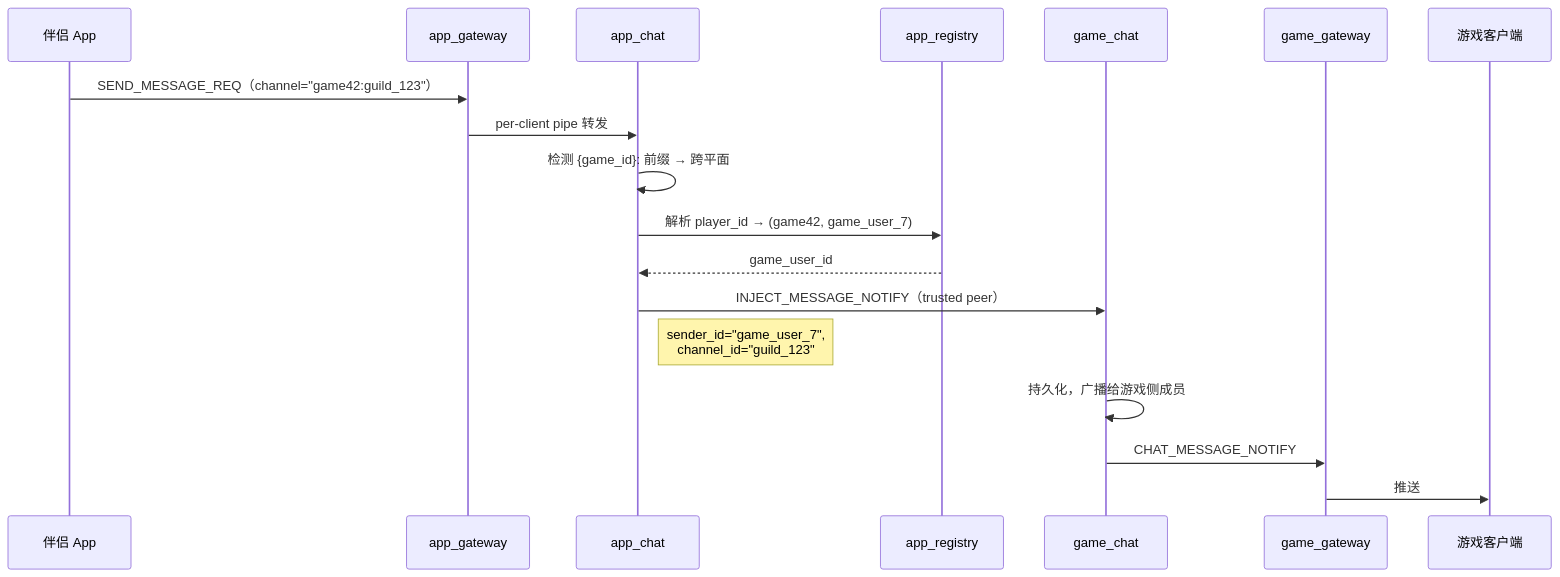
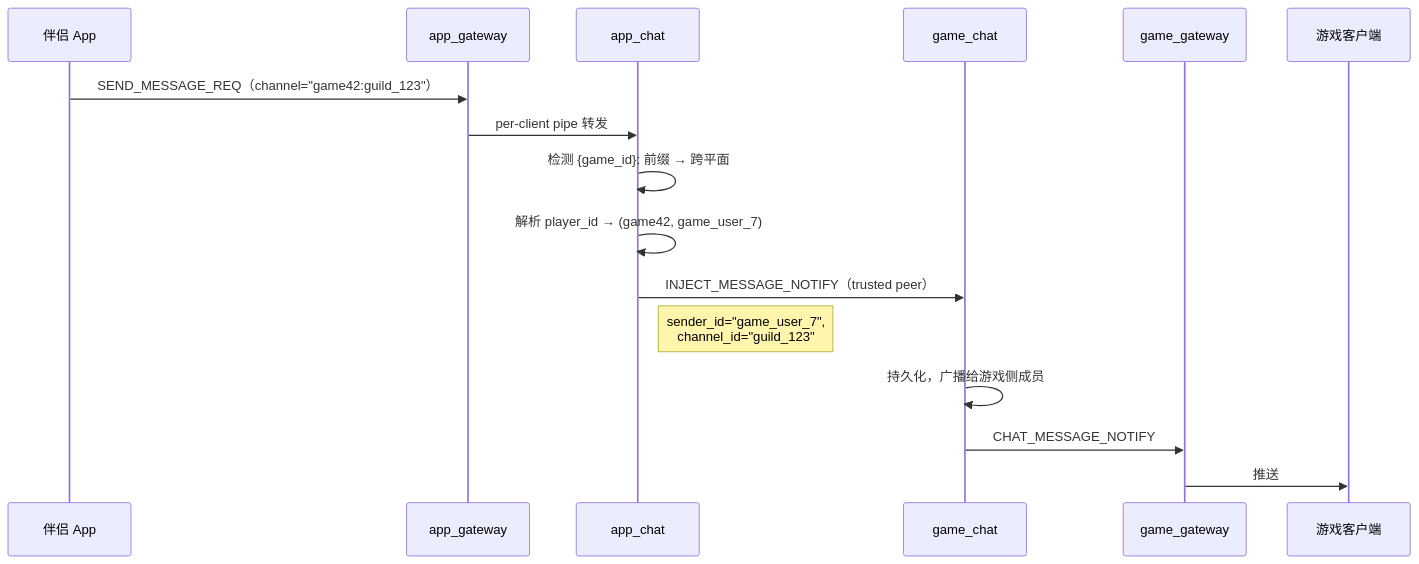
Before and after one commit to cuihairu/chirp: the fourth of 5 diagrams in docs/architecture.md, drawn with Mermaid. The commit also changed other lines of this file and 2 other files, not shown here.

First line of the commit message:
docs: simplify to 5 components, auth renamed to app_auth

````diff
--- a/docs/architecture.md
+++ b/docs/architecture.md
@@ -192,21 +187,19 @@
 ```mermaid
 sequenceDiagram
     participant A as 伴侣 App
     participant AG as app_gateway
     participant AC as app_chat
-    participant AR as app_registry
     participant GC as game_chat
     participant G as game_gateway
     participant C as 游戏客户端
 
     A->>AG: SEND_MESSAGE_REQ（channel="game42:guild_123"）
     AG->>AC: per-client pipe 转发
     AC->>AC: 检测 {game_id}: 前缀 → 跨平面
-    AC->>AR: 解析 player_id → (game42, game_user_7)
-    AR-->>AC: game_user_id
+    AC->>AC: 解析 player_id → (game42, game_user_7)
     AC->>GC: INJECT_MESSAGE_NOTIFY（trusted peer）
     Note right of AC: sender_id="game_user_7",<br/>channel_id="guild_123"
     GC->>GC: 持久化，广播给游戏侧成员
     GC->>G: CHAT_MESSAGE_NOTIFY
     G->>C: 推送
 ```
````
